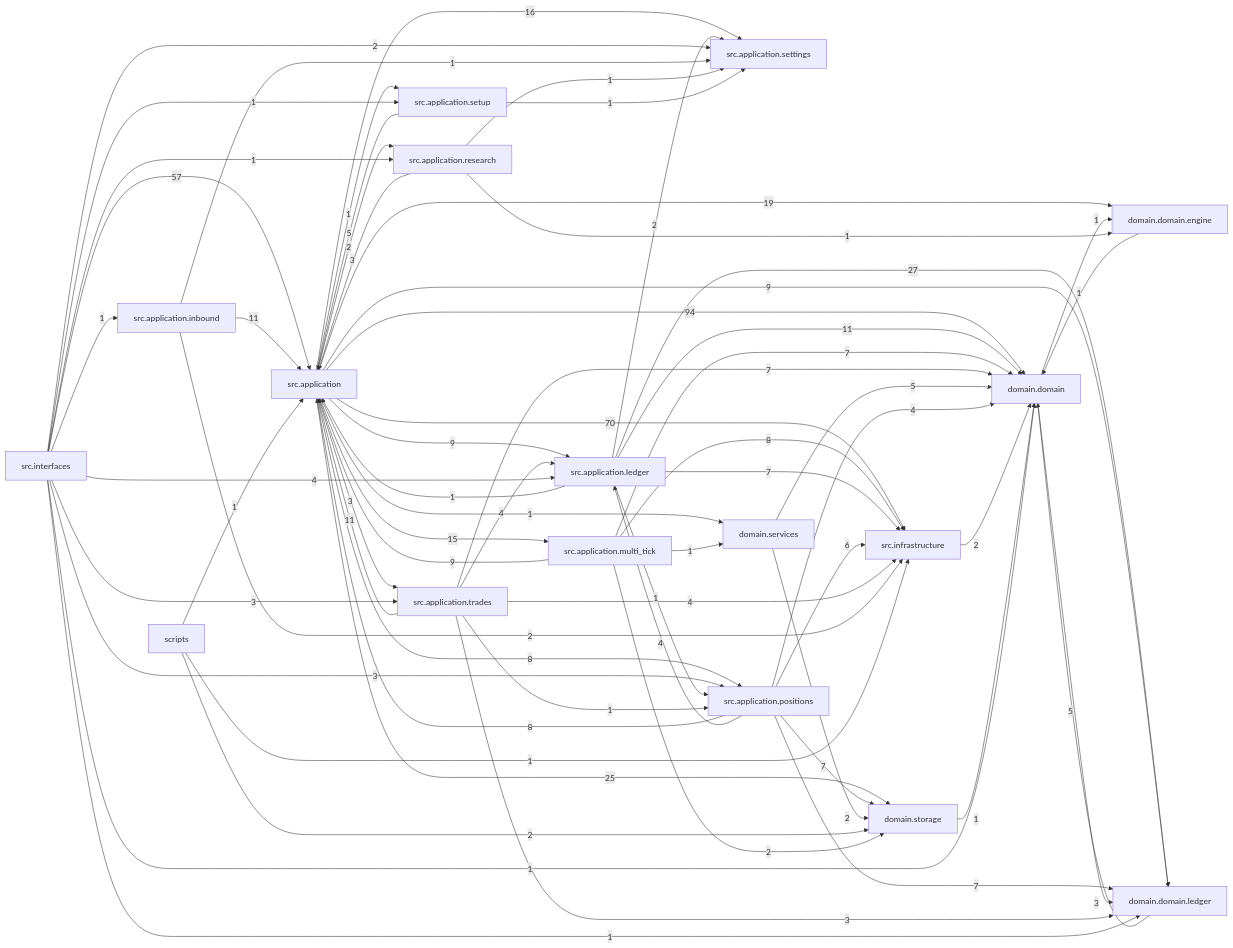
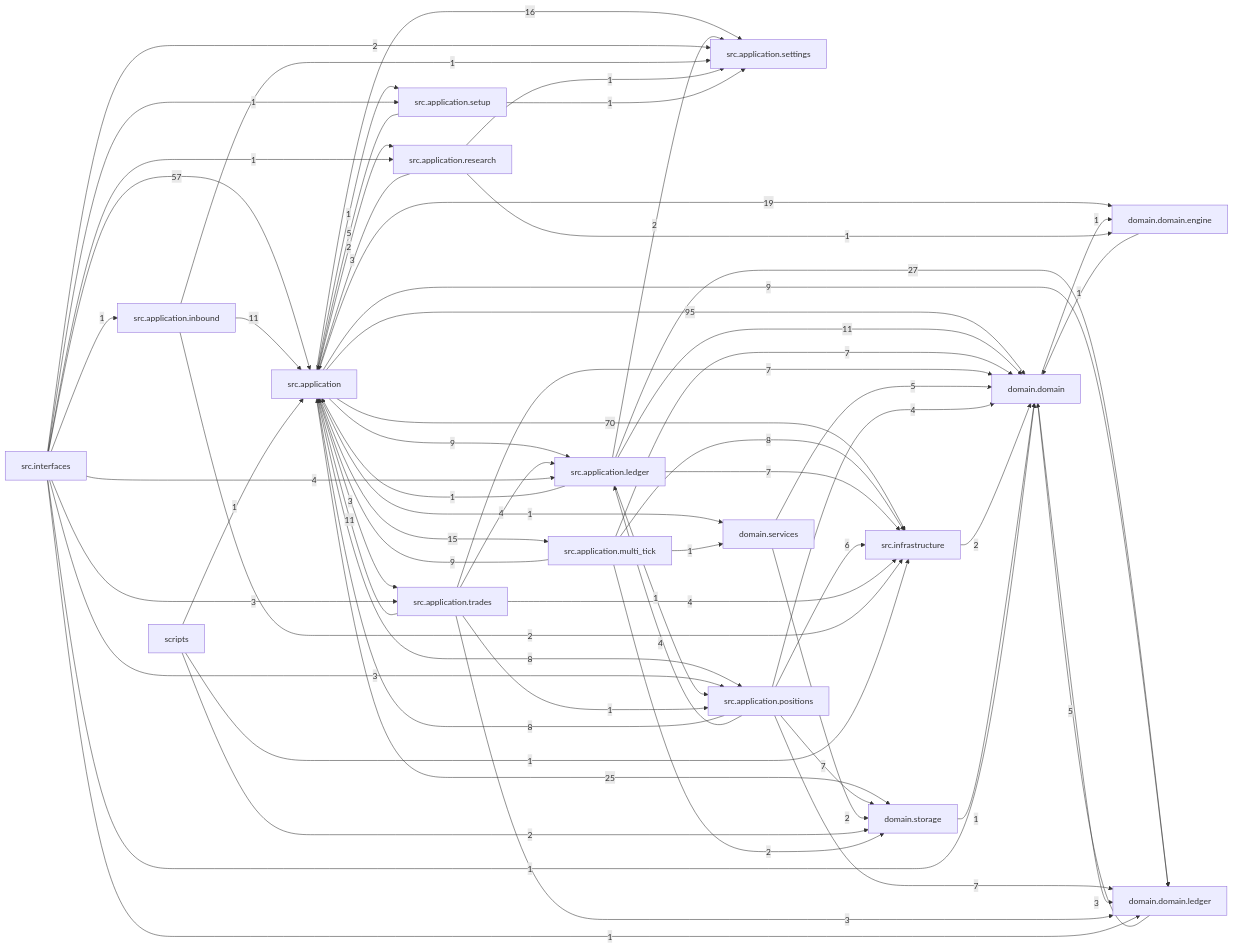
Before and after one commit to liuxie066/options-monitor: the diagram in docs/dependency_graph.mmd, drawn with Mermaid. The commit also changed 21 other files, not shown here.

```diff
--- a/docs/dependency_graph.mmd
+++ b/docs/dependency_graph.mmd
@@ -1,66 +1,66 @@
 flowchart LR
-  src_application["src.application"] -->|94| domain_domain["domain.domain"]
+  src_application["src.application"] -->|95| domain_domain["domain.domain"]
   src_application["src.application"] -->|70| src_infrastructure["src.infrastructure"]
   src_interfaces["src.interfaces"] -->|57| src_application["src.application"]
   src_application_ledger["src.application.ledger"] -->|27| domain_domain_ledger["domain.domain.ledger"]
   src_application["src.application"] -->|25| domain_storage["domain.storage"]
   src_application["src.application"] -->|19| domain_domain_engine["domain.domain.engine"]
   src_application["src.application"] -->|16| src_application_settings["src.application.settings"]
   src_application["src.application"] -->|15| src_application_multi_tick["src.application.multi_tick"]
   src_application_inbound["src.application.inbound"] -->|11| src_application["src.application"]
   src_application_ledger["src.application.ledger"] -->|11| domain_domain["domain.domain"]
   src_application_trades["src.application.trades"] -->|11| src_application["src.application"]
   src_application["src.application"] -->|9| domain_domain_ledger["domain.domain.ledger"]
   src_application["src.application"] -->|9| src_application_ledger["src.application.ledger"]
   src_application_multi_tick["src.application.multi_tick"] -->|9| src_application["src.application"]
   src_application["src.application"] -->|8| src_application_positions["src.application.positions"]
   src_application_multi_tick["src.application.multi_tick"] -->|8| src_infrastructure["src.infrastructure"]
   src_application_positions["src.application.positions"] -->|8| src_application["src.application"]
   src_application_ledger["src.application.ledger"] -->|7| src_infrastructure["src.infrastructure"]
   src_application_multi_tick["src.application.multi_tick"] -->|7| domain_domain["domain.domain"]
   src_application_positions["src.application.positions"] -->|7| domain_domain_ledger["domain.domain.ledger"]
   src_application_positions["src.application.positions"] -->|7| domain_storage["domain.storage"]
   src_application_trades["src.application.trades"] -->|7| domain_domain["domain.domain"]
   src_application_positions["src.application.positions"] -->|6| src_infrastructure["src.infrastructure"]
   domain_domain_ledger["domain.domain.ledger"] -->|5| domain_domain["domain.domain"]
   domain_services["domain.services"] -->|5| domain_domain["domain.domain"]
   src_application_setup["src.application.setup"] -->|5| src_application["src.application"]
   src_application_positions["src.application.positions"] -->|4| domain_domain["domain.domain"]
   src_application_positions["src.application.positions"] -->|4| src_application_ledger["src.application.ledger"]
   src_application_trades["src.application.trades"] -->|4| src_application_ledger["src.application.ledger"]
   src_application_trades["src.application.trades"] -->|4| src_infrastructure["src.infrastructure"]
   src_interfaces["src.interfaces"] -->|4| src_application_ledger["src.application.ledger"]
   domain_domain["domain.domain"] -->|3| domain_domain_ledger["domain.domain.ledger"]
   src_application["src.application"] -->|3| src_application_trades["src.application.trades"]
   src_application_research["src.application.research"] -->|3| src_application["src.application"]
   src_application_trades["src.application.trades"] -->|3| domain_domain_ledger["domain.domain.ledger"]
   src_interfaces["src.interfaces"] -->|3| src_application_positions["src.application.positions"]
   src_interfaces["src.interfaces"] -->|3| src_application_trades["src.application.trades"]
   domain_services["domain.services"] -->|2| domain_storage["domain.storage"]
   scripts["scripts"] -->|2| domain_storage["domain.storage"]
   src_application["src.application"] -->|2| src_application_research["src.application.research"]
   src_application_inbound["src.application.inbound"] -->|2| src_infrastructure["src.infrastructure"]
   src_application_ledger["src.application.ledger"] -->|2| src_application_settings["src.application.settings"]
   src_application_multi_tick["src.application.multi_tick"] -->|2| domain_storage["domain.storage"]
   src_infrastructure["src.infrastructure"] -->|2| domain_domain["domain.domain"]
   src_interfaces["src.interfaces"] -->|2| src_application_settings["src.application.settings"]
   domain_domain["domain.domain"] -->|1| domain_domain_engine["domain.domain.engine"]
   domain_domain_engine["domain.domain.engine"] -->|1| domain_domain["domain.domain"]
   domain_storage["domain.storage"] -->|1| domain_domain["domain.domain"]
   scripts["scripts"] -->|1| src_application["src.application"]
   scripts["scripts"] -->|1| src_infrastructure["src.infrastructure"]
   src_application["src.application"] -->|1| domain_services["domain.services"]
   src_application["src.application"] -->|1| src_application_setup["src.application.setup"]
   src_application_inbound["src.application.inbound"] -->|1| src_application_settings["src.application.settings"]
   src_application_ledger["src.application.ledger"] -->|1| src_application["src.application"]
   src_application_ledger["src.application.ledger"] -->|1| src_application_positions["src.application.positions"]
   src_application_multi_tick["src.application.multi_tick"] -->|1| domain_services["domain.services"]
   src_application_research["src.application.research"] -->|1| domain_domain_engine["domain.domain.engine"]
   src_application_research["src.application.research"] -->|1| src_application_settings["src.application.settings"]
   src_application_setup["src.application.setup"] -->|1| src_application_settings["src.application.settings"]
   src_application_trades["src.application.trades"] -->|1| src_application_positions["src.application.positions"]
   src_interfaces["src.interfaces"] -->|1| domain_domain["domain.domain"]
   src_interfaces["src.interfaces"] -->|1| domain_domain_ledger["domain.domain.ledger"]
   src_interfaces["src.interfaces"] -->|1| src_application_inbound["src.application.inbound"]
   src_interfaces["src.interfaces"] -->|1| src_application_research["src.application.research"]
   src_interfaces["src.interfaces"] -->|1| src_application_setup["src.application.setup"]
```
